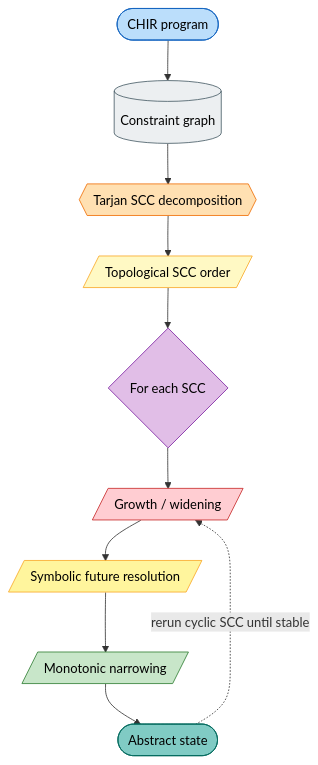
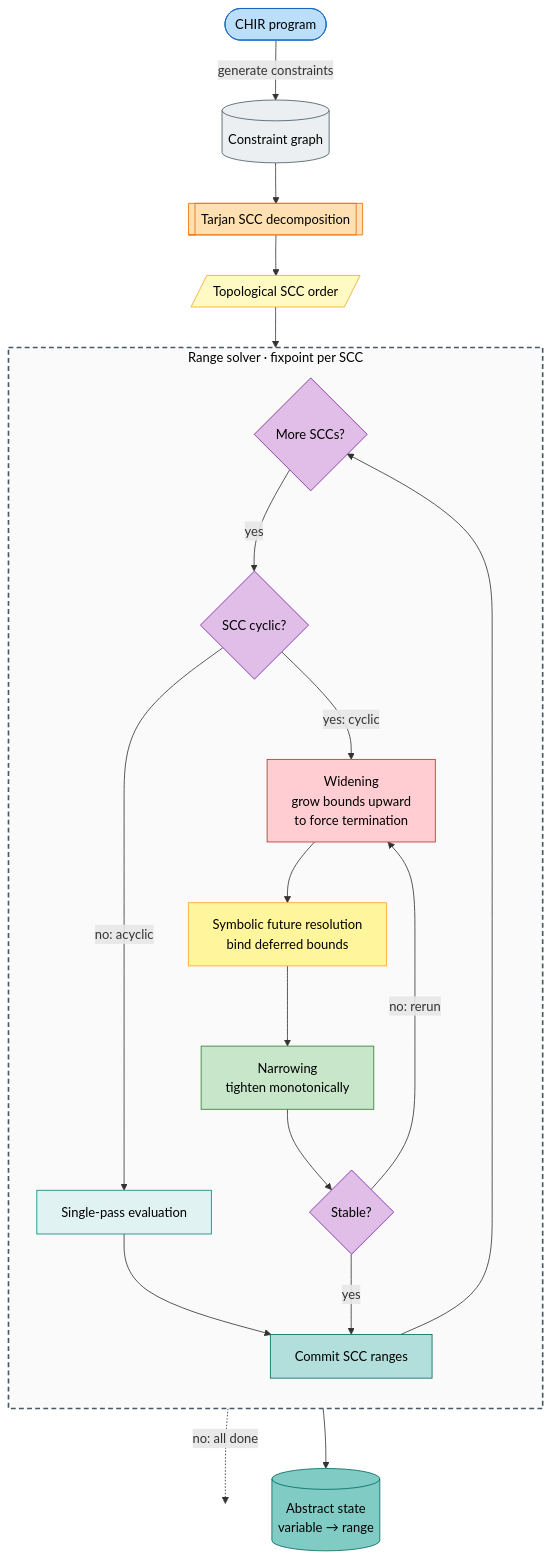
Before and after one commit to bernborgess/CangjieRangeAnalysis: the second of 2 diagrams in README.md, drawn with Mermaid.

Commit message:
Extend the solver diagram

````diff
--- a/README.md
+++ b/README.md
@@ -71,33 +70,52 @@
 ```mermaid
 flowchart TD
-    CHIR([CHIR program]) --> G[(Constraint graph)]
-    G --> Tarjan{{Tarjan SCC decomposition}}
-    Tarjan --> T[/Topological SCC order/]
-    T --> S{For each SCC}
-    S --> W[/Growth / widening/]
-    W --> F[/Symbolic future resolution/]
-    F --> N[/Monotonic narrowing/]
-    N --> R([Abstract state])
+    %% ── Pipeline (what the outside world sees) ──
+    CHIR([CHIR program]):::input
+    CG[(Constraint graph)]:::structure
+    SCC[[Tarjan SCC decomposition]]:::analysis
+    ORDER[/Topological SCC order/]:::order
+    OUT[(Abstract state<br/>variable → range)]:::result
 
-    R -. rerun cyclic SCC until stable .-> W
+    CHIR -->|generate constraints| CG
+    CG --> SCC
+    SCC --> ORDER
+    ORDER --> SOLVER
+    SOLVER --> OUT
 
-    classDef source fill:#bbdefb,stroke:#1565c0,color:#000
-    classDef constraintGraph fill:#eceff1,stroke:#455a64,color:#000
-    classDef decomposition fill:#ffe0b2,stroke:#ef6c00,color:#000
+    %% ── Solver (implementation detail, hidden behind one bubble) ──
+    subgraph SOLVER["Range solver · fixpoint per SCC"]
+        direction TB
+        NEXT{More SCCs?}:::decision
+        CYC{SCC cyclic?}:::decision
+        EVAL[Single-pass evaluation]:::eval
+        W[Widening<br/>grow bounds upward<br/>to force termination]:::widen
+        F[Symbolic future resolution<br/>bind deferred bounds]:::future
+        N[Narrowing<br/>tighten monotonically]:::narrow
+        STABLE{Stable?}:::decision
+        COMMIT[Commit SCC ranges]:::commit
+
+        NEXT -->|yes| CYC
+        CYC -->|no: acyclic| EVAL --> COMMIT
+        CYC -->|yes: cyclic| W --> F --> N --> STABLE
+        STABLE -->|no: rerun| W
+        STABLE -->|yes| COMMIT
+        COMMIT --> NEXT
+    end
+
+    NEXT -.->|no: all done| EXIT(( )):::hidden
+
+    classDef input fill:#bbdefb,stroke:#1565c0,color:#000
+    classDef structure fill:#eceff1,stroke:#455a64,color:#000
+    classDef analysis fill:#ffe0b2,stroke:#ef6c00,color:#000
     classDef order fill:#fff9c4,stroke:#f9a825,color:#000
-    classDef loop fill:#e1bee7,stroke:#7b1fa2,color:#000
-    classDef growth fill:#ffcdd2,stroke:#c62828,color:#000
+    classDef decision fill:#e1bee7,stroke:#7b1fa2,color:#000
+    classDef eval fill:#e0f2f1,stroke:#00897b,color:#000
+    classDef widen fill:#ffcdd2,stroke:#c62828,color:#000
     classDef future fill:#fff59d,stroke:#f9a825,color:#000
-    classDef narrowing fill:#c8e6c9,stroke:#2e7d32,color:#000
+    classDef narrow fill:#c8e6c9,stroke:#2e7d32,color:#000
+    classDef commit fill:#b2dfdb,stroke:#00695c,color:#000
     classDef result fill:#80cbc4,stroke:#00695c,color:#000
+    classDef hidden fill:none,stroke:none,color:#0000
 
-    class CHIR source
-    class G constraintGraph
-    class Tarjan decomposition
-    class T order
-    class S loop
-    class W growth
-    class F future
-    class N narrowing
-    class R result
+    style SOLVER fill:#fafafa,stroke:#455a64,stroke-width:2px,stroke-dasharray:6 4,color:#000
 ```
````
